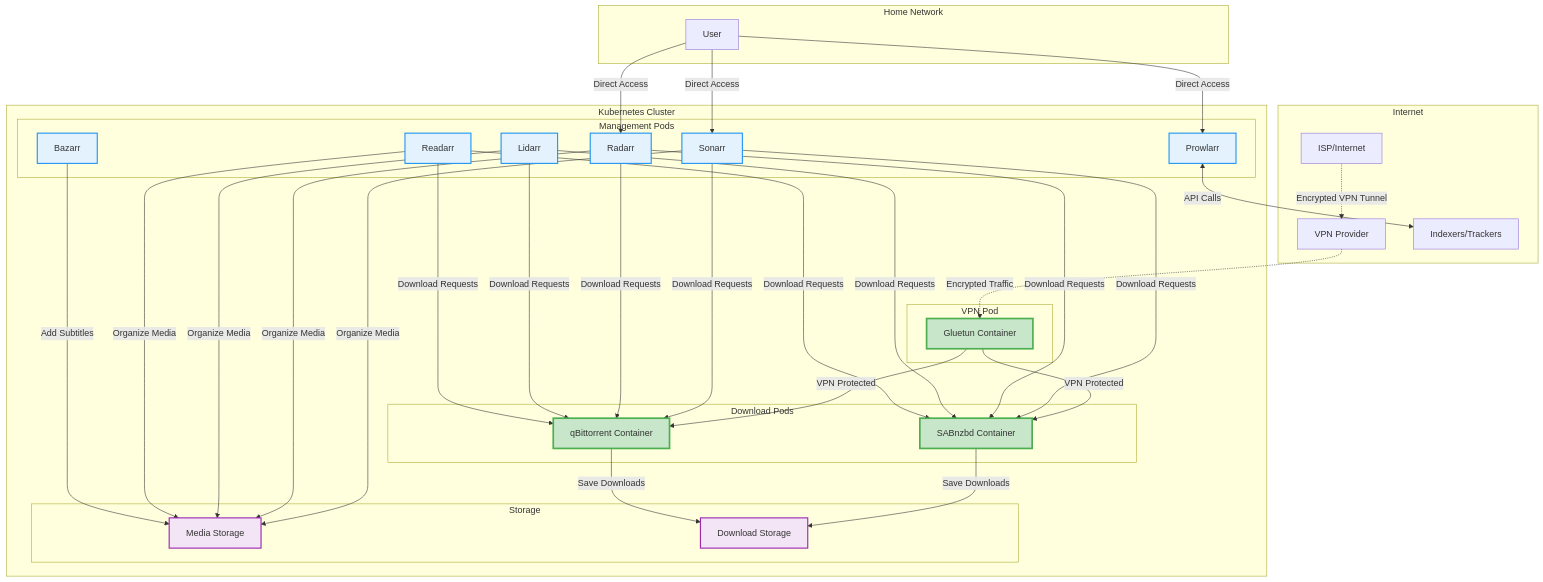
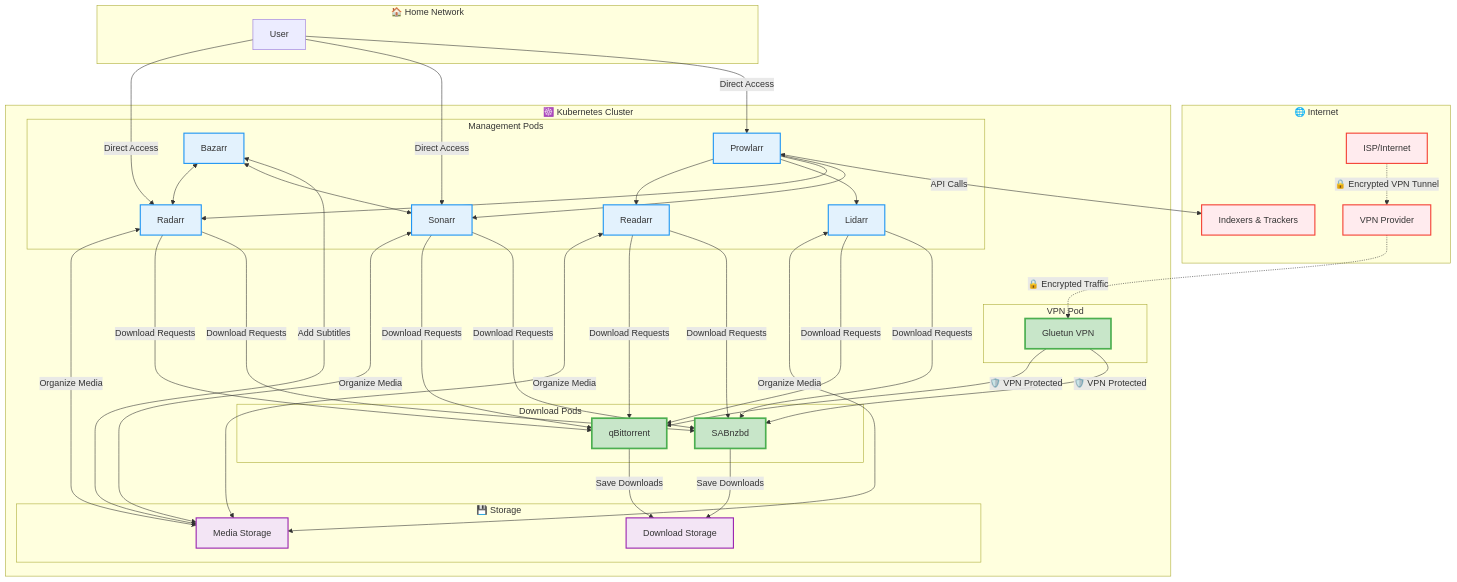
The fourth of 4 diagrams in incubator/media-centre/README.md (buildsociety/charts), drawn with Mermaid before and after one commit. The commit also changed other lines of this file, not shown here.

````diff
--- a/incubator/media-centre/README.md
+++ b/incubator/media-centre/README.md
@@ -181,78 +330,90 @@
 ```mermaid
 flowchart TD
-    subgraph "Internet"
-        I[ISP/Internet]
-        VPN[VPN Provider]
-        IDX[Indexers/Trackers]
+    subgraph Internet["🌐 Internet"]
+        ISP[ISP/Internet]
+        VPNP[VPN Provider]
+        IDX[Indexers & Trackers]
     end
     
-    subgraph "Kubernetes Cluster"
-        subgraph "VPN Pod"
-            G[Gluetun Container]
+    subgraph Cluster["☸️ Kubernetes Cluster"]
+        subgraph VPNPod["VPN Pod"]
+            GLU[Gluetun VPN]
         end
         
-        subgraph "Download Pods"
-            S[SABnzbd Container]
-            Q[qBittorrent Container]
+        subgraph DownloadPods["Download Pods"]
+            SAB[SABnzbd]
+            QBT[qBittorrent]
         end
         
-        subgraph "Management Pods"
-            P[Prowlarr]
-            SO[Sonarr]
-            R[Radarr]
-            L[Lidarr]
-            RE[Readarr]
-            B[Bazarr]
+        subgraph ManagementPods["Management Pods"]
+            PRO[Prowlarr]
+            SON[Sonarr]
+            RAD[Radarr]
+            LID[Lidarr]
+            REA[Readarr]
+            BAZ[Bazarr]
         end
         
-        subgraph "Storage"
-            MS[Media Storage]
-            DS[Download Storage]
+        subgraph Storage["💾 Storage"]
+            MED[Media Storage]
+            DOW[Download Storage]
         end
     end
     
-    subgraph "Home Network"
-        U[User]
+    subgraph Home["🏠 Home Network"]
+        USER[User]
     end
     
     %% VPN Traffic (Encrypted)
-    I -.->|Encrypted VPN Tunnel| VPN
-    VPN -.->|Encrypted Traffic| G
-    G -->|VPN Protected| S
-    G -->|VPN Protected| Q
+    ISP -.->|🔒 Encrypted VPN Tunnel| VPNP
+    VPNP -.->|🔒 Encrypted Traffic| GLU
+    GLU -->|🛡️ VPN Protected| SAB
+    GLU -->|🛡️ VPN Protected| QBT
     
     %% Direct Management Traffic
-    U -->|Direct Access| P
-    U -->|Direct Access| SO
-    U -->|Direct Access| R
+    USER -->|Direct Access| PRO
+    USER -->|Direct Access| SON
+    USER -->|Direct Access| RAD
     
-    %% Internal Communication
-    P <-->|API Calls| IDX
-    SO -->|Download Requests| S
-    SO -->|Download Requests| Q
-    R -->|Download Requests| S
-    R -->|Download Requests| Q
-    L -->|Download Requests| S
-    L -->|Download Requests| Q
-    RE -->|Download Requests| S
-    RE -->|Download Requests| Q
+    %% Indexer Communication
+    PRO <-->|API Calls| IDX
+    PRO --> SON
+    PRO --> RAD
+    PRO --> LID
+    PRO --> REA
+    
+    %% Download Requests
+    SON -->|Download Requests| SAB
+    SON -->|Download Requests| QBT
+    RAD -->|Download Requests| SAB
+    RAD -->|Download Requests| QBT
+    LID -->|Download Requests| SAB
+    LID -->|Download Requests| QBT
+    REA -->|Download Requests| SAB
+    REA -->|Download Requests| QBT
     
     %% Storage Access
-    S -->|Save Downloads| DS
-    Q -->|Save Downloads| DS
-    SO -->|Organize Media| MS
-    R -->|Organize Media| MS
-    L -->|Organize Media| MS
-    RE -->|Organize Media| MS
-    B -->|Add Subtitles| MS
+    SAB -->|Save Downloads| DOW
+    QBT -->|Save Downloads| DOW
+    SON <-->|Organize Media| MED
+    RAD <-->|Organize Media| MED
+    LID <-->|Organize Media| MED
+    REA <-->|Organize Media| MED
+    BAZ <-->|Add Subtitles| MED
+    
+    %% Subtitle Integration
+    BAZ <--> SON
+    BAZ <--> RAD
     
     %% Styling
     classDef vpnSecure fill:#c8e6c9,stroke:#4caf50,stroke-width:3px
     classDef download fill:#ffecb3,stroke:#ff9800,stroke-width:2px
     classDef management fill:#e3f2fd,stroke:#2196f3,stroke-width:2px
     classDef storage fill:#f3e5f5,stroke:#9c27b0,stroke-width:2px
+    classDef external fill:#ffebee,stroke:#f44336,stroke-width:2px
     
-    class G,S,Q vpnSecure
-    class P,SO,R,L,RE,B management
-    class MS,DS storage
+    class GLU,SAB,QBT vpnSecure
+    class PRO,SON,RAD,LID,REA,BAZ management
+    class MED,DOW storage
+    class ISP,VPNP,IDX external
 ```
````
